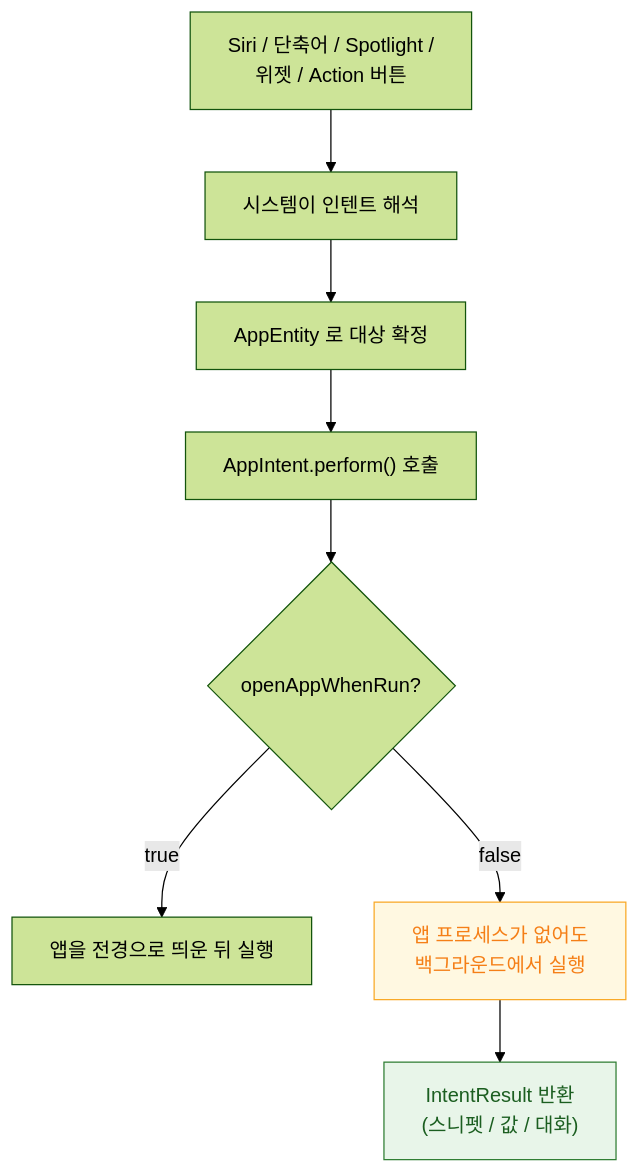
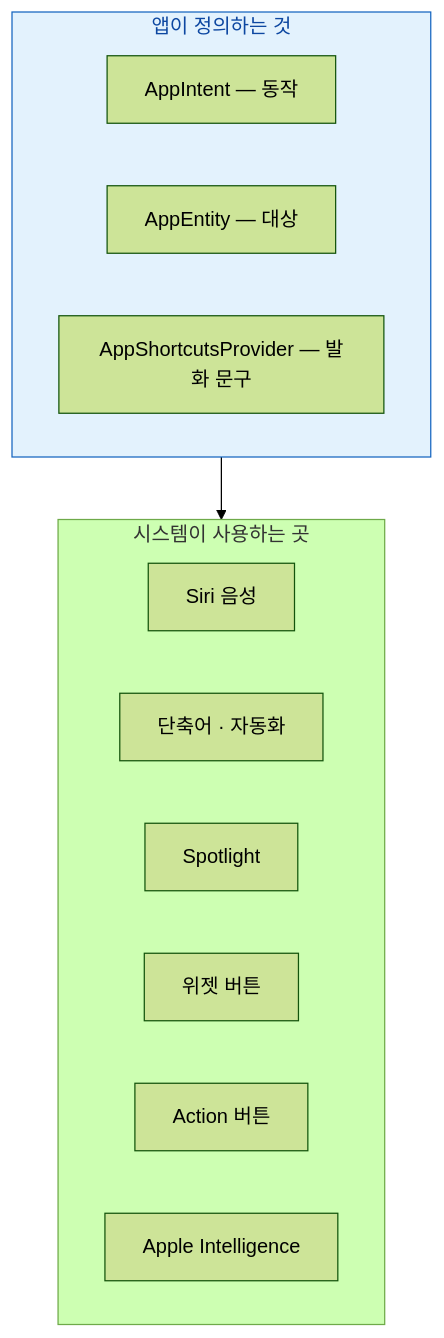
The diagram in 01_inbox/mobile/apple/04_system_services/apple-app-intents.md (youngmin-gwon/what-i-studied), drawn with Mermaid (forest theme) before and after one commit. The commit also changed other lines of this file and 76 other files, not shown here.

````diff
--- a/01_inbox/mobile/apple/04_system_services/apple-app-intents.md
+++ b/01_inbox/mobile/apple/04_system_services/apple-app-intents.md
@@ -17,13 +13,19 @@
 ```mermaid
 flowchart TD
-    S["Siri / 단축어 / Spotlight /<br/>위젯 / Action 버튼"] --> R["시스템이 인텐트 해석"]
-    R --> E["AppEntity 로 대상 확정"]
-    E --> P["AppIntent.perform() 호출"]
-    P --> C{"openAppWhenRun?"}
-    C -->|"true"| APP["앱을 전경으로 띄운 뒤 실행"]
-    C -->|"false"| BG["앱 프로세스가 없어도<br/>백그라운드에서 실행"]
-    BG --> RES["IntentResult 반환<br/>(스니펫 / 값 / 대화)"]
+    subgraph D ["앱이 정의하는 것"]
+        I["AppIntent — 동작"]
+        E["AppEntity — 대상"]
+        S["AppShortcutsProvider — 발화 문구"]
+    end
+    subgraph U ["시스템이 사용하는 곳"]
+        U1["Siri 음성"]
+        U2["단축어 · 자동화"]
+        U3["Spotlight"]
+        U4["위젯 버튼"]
+        U5["Action 버튼"]
+        U6["Apple Intelligence"]
+    end
+    D --> U
 
-    style BG fill:#fff8e1,stroke:#f9a825,color:#f57f17
-    style RES fill:#e8f5e9,stroke:#2e7d32,color:#1b5e20
+    style D fill:#e3f2fd,stroke:#1565c0,color:#0d47a1
 ```
````
